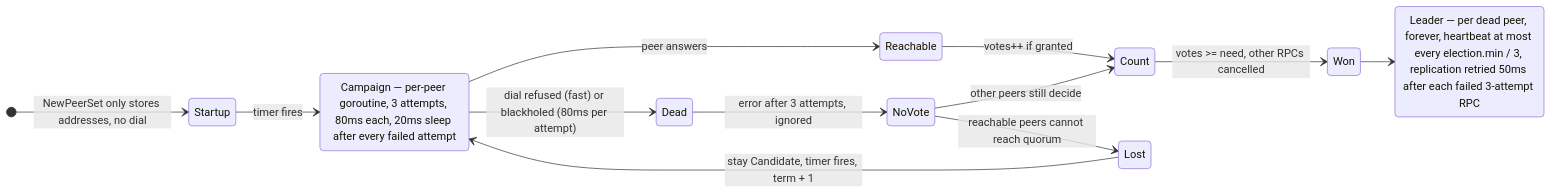
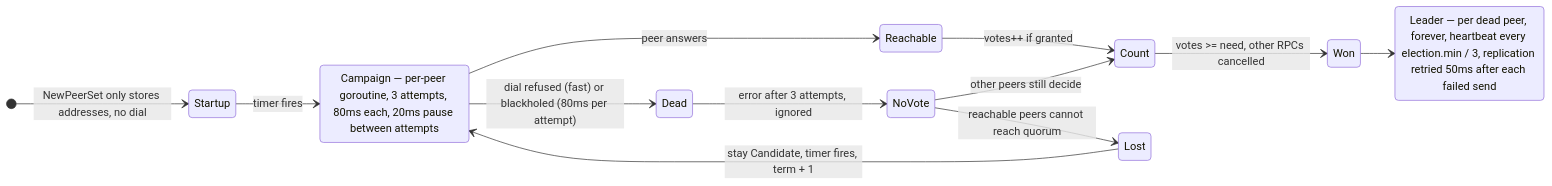
Before and after one commit to Tarun-Elango/hobbyDB: the eighth of 8 diagrams in flow/4. cluster-startup-cases.md, drawn with Mermaid. The commit also changed other lines of this file and 8 other files, not shown here.

Commit message:
udpating results and state diagrams

````diff
--- a/flow/4. cluster-startup-cases.md
+++ b/flow/4. cluster-startup-cases.md
@@ -236,17 +260,17 @@
 ```mermaid
 stateDiagram-v2
     direction LR
     [*] --> Startup: NewPeerSet only stores addresses, no dial
     Startup --> Campaign: timer fires
-    state "Campaign — per-peer goroutine, 3 attempts, 80ms each, 20ms sleep after every failed attempt" as Campaign
+    state "Campaign — per-peer goroutine, 3 attempts, 80ms each, 20ms pause between attempts" as Campaign
     Campaign --> Reachable: peer answers
     Campaign --> Dead: dial refused (fast) or blackholed (80ms per attempt)
     Reachable --> Count: votes++ if granted
     Dead --> NoVote: error after 3 attempts, ignored
     Count --> Won: votes >= need, other RPCs cancelled
     NoVote --> Count: other peers still decide
     NoVote --> Lost: reachable peers cannot reach quorum
     Lost --> Campaign: stay Candidate, timer fires, term + 1
     Won --> Leader
-    state "Leader — per dead peer, forever, heartbeat at most every election.min / 3, replication retried 50ms after each failed 3-attempt RPC" as Leader
+    state "Leader — per dead peer, forever, heartbeat every election.min / 3, replication retried 50ms after each failed send" as Leader
 ```
````
